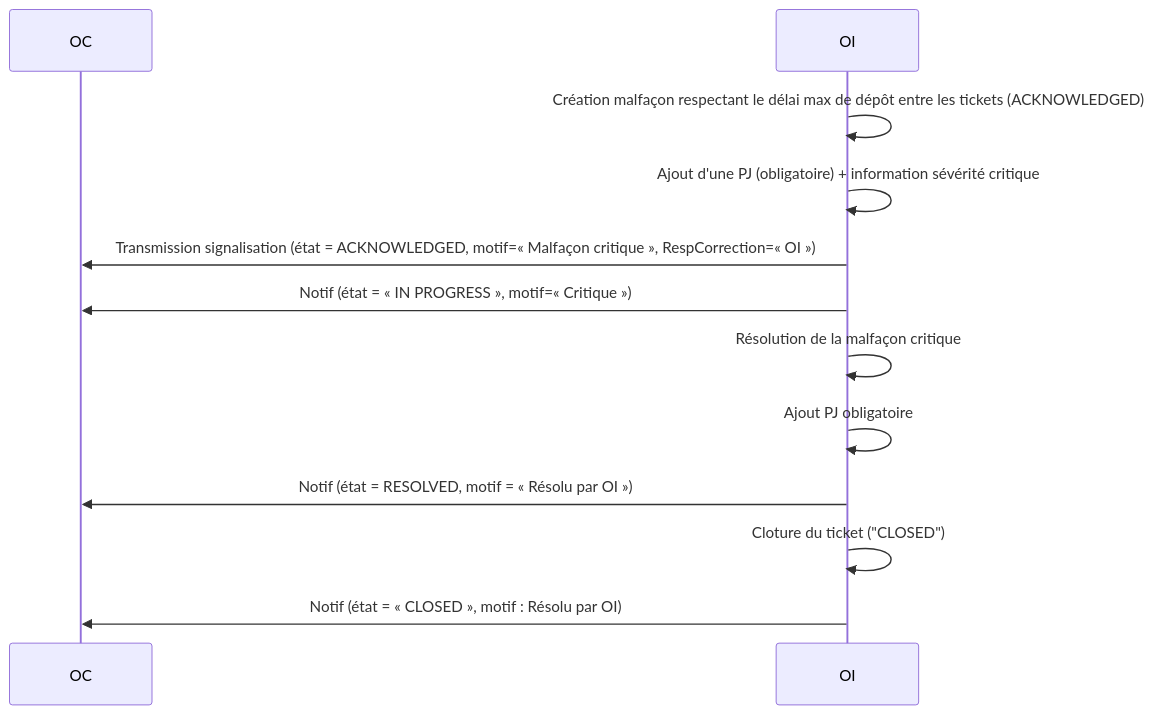
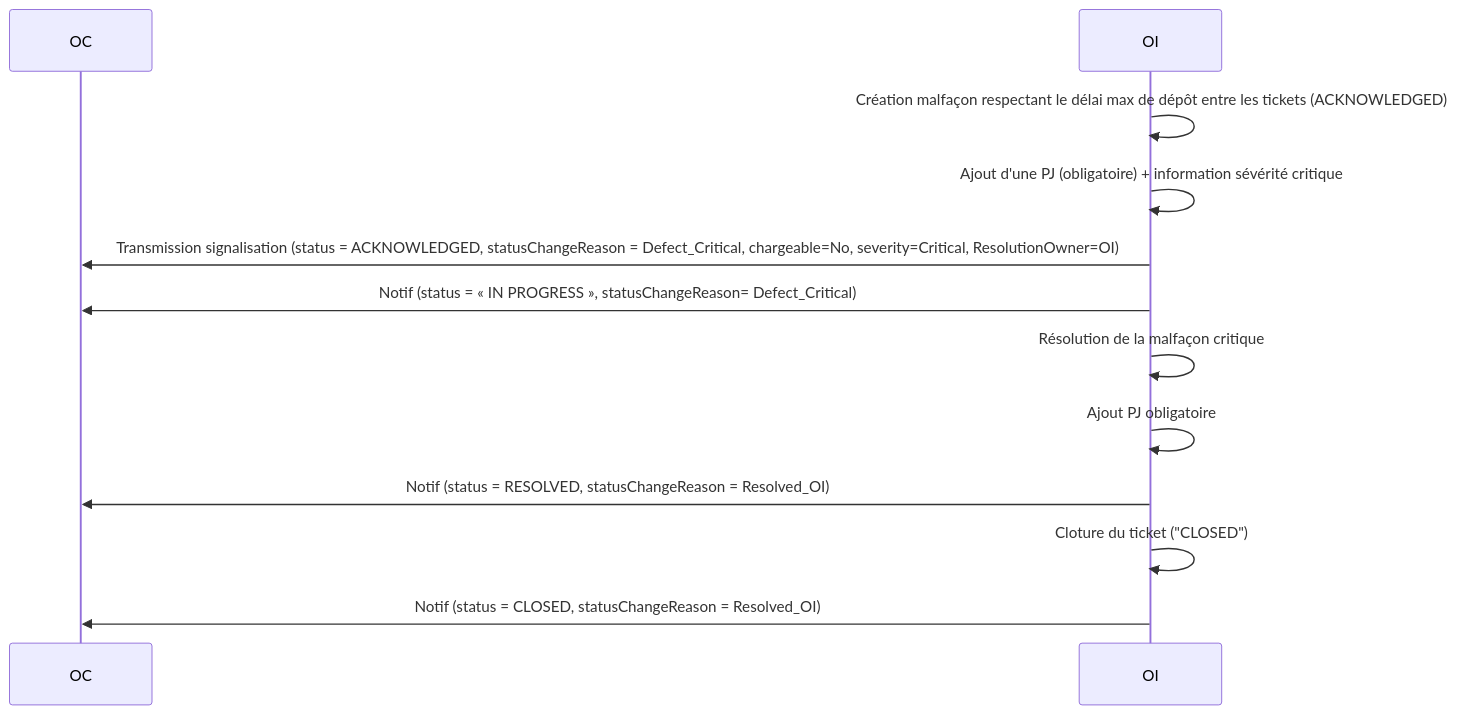
One commit to before-interop/malfacon changed the fourth of 14 diagrams in README.md. Above: the diagram before and after it, drawn with Mermaid. The commit also changed other lines of this file and 1 other file, not shown here.

````diff
--- a/README.md
+++ b/README.md
@@ -318,16 +311,16 @@
 ```mermaid
 sequenceDiagram
 
   participant OC
   participant OI
 
   OI->>OI: Création malfaçon respectant le délai max de dépôt entre les tickets (ACKNOWLEDGED)
   OI->>OI: Ajout d'une PJ (obligatoire) + information sévérité critique
-  OI->>OC: Transmission signalisation (état = ACKNOWLEDGED, motif=« Malfaçon critique », RespCorrection=« OI »)
-  OI->>OC: Notif (état = « IN PROGRESS », motif=« Critique »)
+  OI->>OC: Transmission signalisation (status = ACKNOWLEDGED, statusChangeReason = Defect_Critical, chargeable=No, severity=Critical, ResolutionOwner=OI)
+  OI->>OC: Notif (status = « IN PROGRESS », statusChangeReason= Defect_Critical)
   OI->>OI: Résolution de la malfaçon critique
   OI->>OI: Ajout PJ obligatoire
-  OI->>OC: Notif (état = RESOLVED, motif = « Résolu par OI »)
+  OI->>OC: Notif (status = RESOLVED, statusChangeReason = Resolved_OI)
   OI->>OI: Cloture du ticket ("CLOSED")
-  OI->>OC: Notif (état = « CLOSED », motif : Résolu par OI)
+  OI->>OC: Notif (status = CLOSED, statusChangeReason = Resolved_OI)
 ```
````
